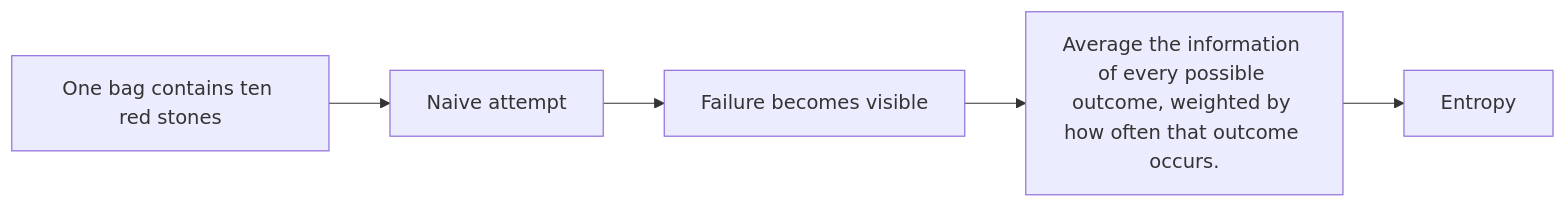
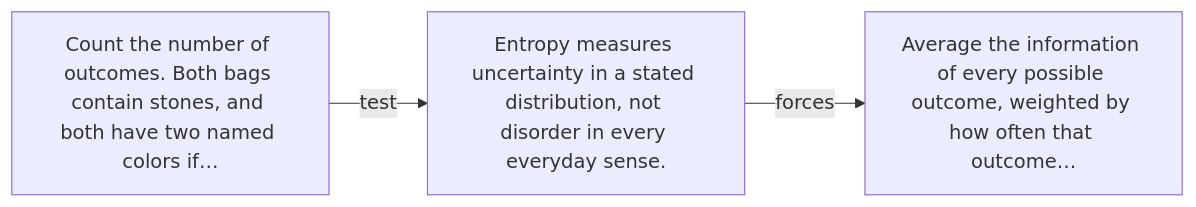
One commit to kleem-labs/AI-Archaeology changed the diagram in excavations/020-entropy/diagram.md. Above: the diagram before and after it, drawn with Mermaid. The commit also changed other lines of this file and 288 other files, not shown here.

````diff
--- a/excavations/020-entropy/diagram.md
+++ b/excavations/020-entropy/diagram.md
@@ -3,7 +5,5 @@
-~~~mermaid
+```mermaid
 flowchart LR
- A["One bag contains ten red stones"] --> B["Naive attempt"]
- B --> C["Failure becomes visible"]
- C --> D["Average the information of every possible outcome, weighted by how often that outcome occurs."]
- D --> E["Entropy"]
-~~~
+    A["Count the number of outcomes. Both bags contain stones, and both have two named colors if…"] -->|"test"| B["Entropy measures uncertainty in a stated distribution, not disorder in every everyday sense."]
+    B -->|"forces"| C["Average the information of every possible outcome, weighted by how often that outcome…"]
+```
````
